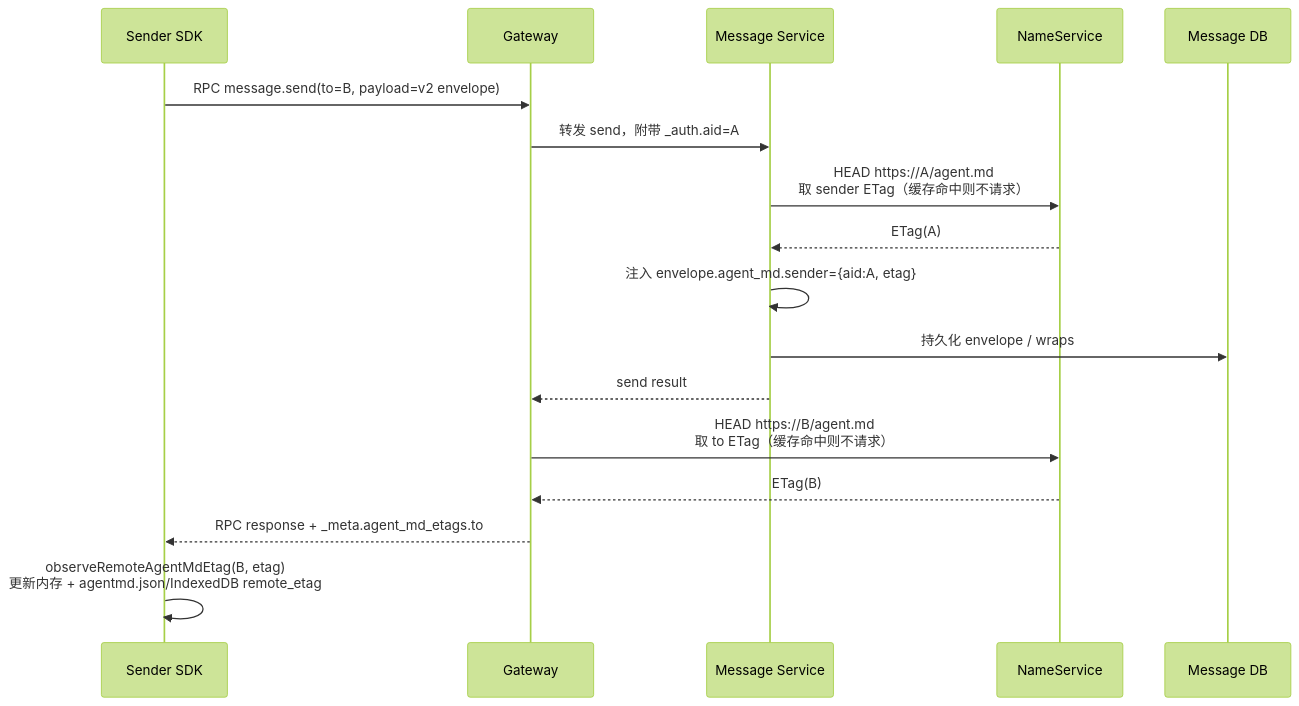
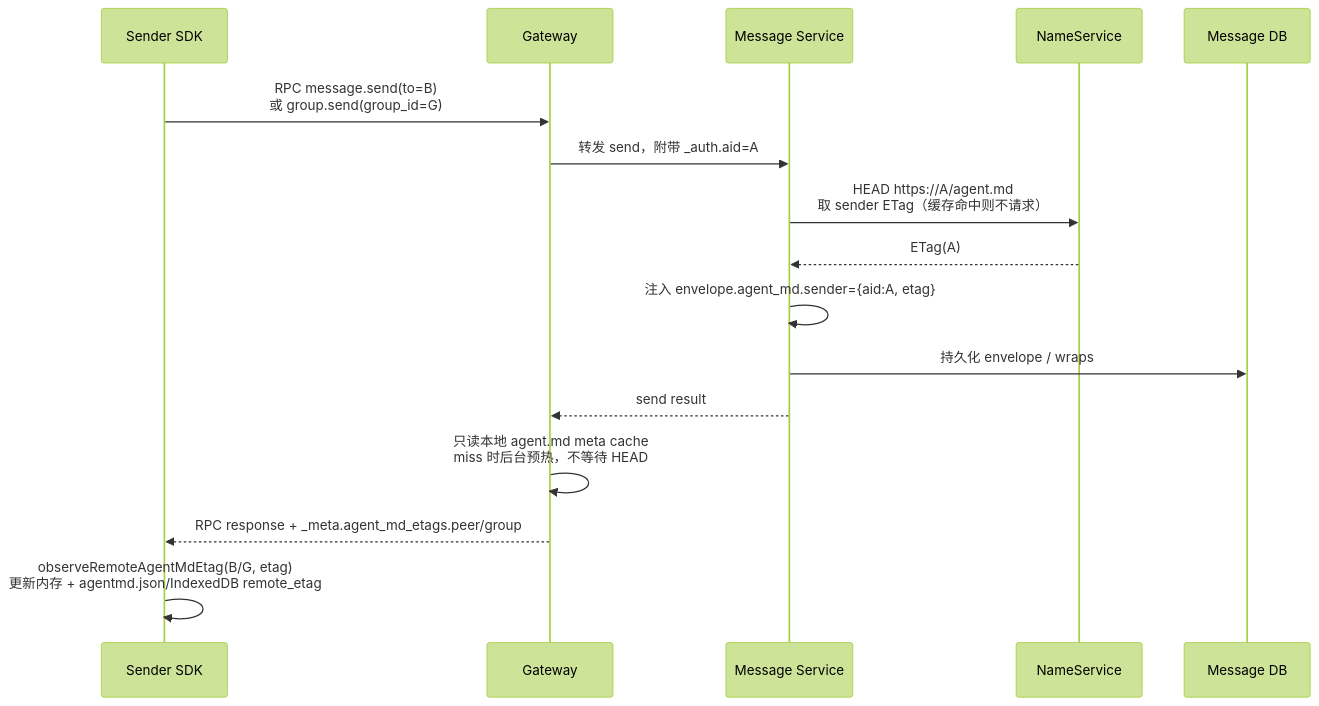
Before and after one commit to ModelUnion/aun-sdk-core: the first of 5 diagrams in docs/agent.md/远程agent.md缓存与etag透传方案.md, drawn with Mermaid (forest theme). The commit also changed other lines of this file and 84 other files, not shown here.

````diff
--- a/docs/agent.md/远程agent.md缓存与etag透传方案.md
+++ b/docs/agent.md/远程agent.md缓存与etag透传方案.md
@@ -95,20 +133,19 @@
 ```mermaid
 sequenceDiagram
     participant A as Sender SDK
     participant GW as Gateway
     participant MSG as Message Service
     participant NS as NameService
     participant DB as Message DB
 
-    A->>GW: RPC message.send(to=B, payload=v2 envelope)
+    A->>GW: RPC message.send(to=B)<br/>或 group.send(group_id=G)
     GW->>MSG: 转发 send，附带 _auth.aid=A
     MSG->>NS: HEAD https://A/agent.md<br/>取 sender ETag（缓存命中则不请求）
     NS-->>MSG: ETag(A)
     MSG->>MSG: 注入 envelope.agent_md.sender={aid:A, etag}
     MSG->>DB: 持久化 envelope / wraps
     MSG-->>GW: send result
-    GW->>NS: HEAD https://B/agent.md<br/>取 to ETag（缓存命中则不请求）
-    NS-->>GW: ETag(B)
-    GW-->>A: RPC response + _meta.agent_md_etags.to
-    A->>A: observeRemoteAgentMdEtag(B, etag)<br/>更新内存 + agentmd.json/IndexedDB remote_etag
+    GW->>GW: 只读本地 agent.md meta cache<br/>miss 时后台预热，不等待 HEAD
+    GW-->>A: RPC response + _meta.agent_md_etags.peer/group
+    A->>A: observeRemoteAgentMdEtag(B/G, etag)<br/>更新内存 + agentmd.json/IndexedDB remote_etag
 ```
````
